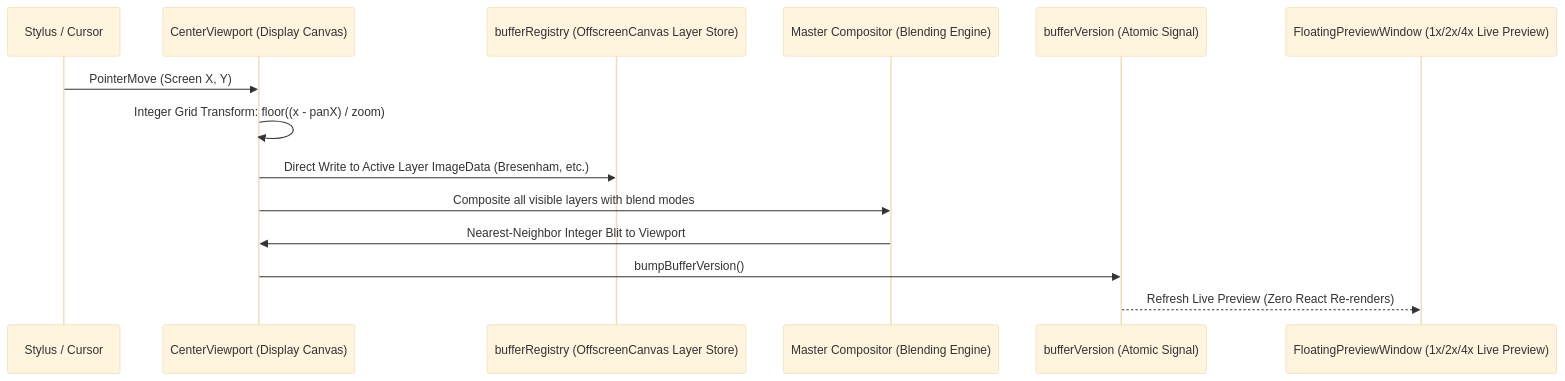
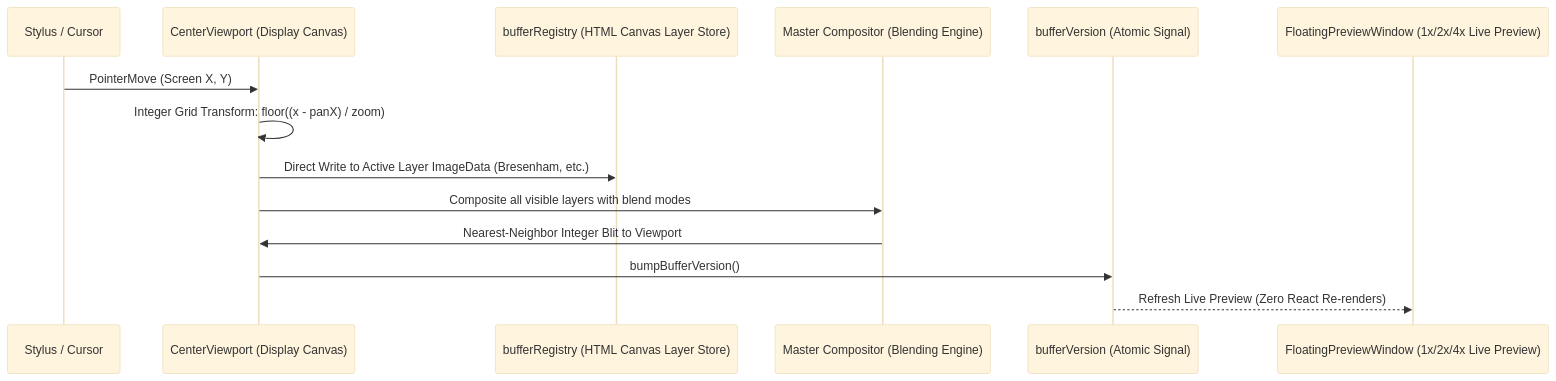
The first of 3 diagrams in PIXIBUN_DEEP_DIVE.md (lxcario/PixiBun), drawn with Mermaid (base theme) before and after one commit. The commit also changed other lines of this file and 101 other files, not shown here.

````diff
--- a/PIXIBUN_DEEP_DIVE.md
+++ b/PIXIBUN_DEEP_DIVE.md
@@ -82,17 +82,17 @@
 ```mermaid
 sequenceDiagram
     participant Mouse as Stylus / Cursor
     participant Viewport as CenterViewport (Display Canvas)
-    participant Registry as bufferRegistry (OffscreenCanvas Layer Store)
+    participant Registry as bufferRegistry (HTML Canvas Layer Store)
     participant Compositor as Master Compositor (Blending Engine)
     participant Signal as bufferVersion (Atomic Signal)
     participant LivePop as FloatingPreviewWindow (1x/2x/4x Live Preview)
 
     Mouse->>Viewport: PointerMove (Screen X, Y)
     Viewport->>Viewport: Integer Grid Transform: floor((x - panX) / zoom)
     Viewport->>Registry: Direct Write to Active Layer ImageData (Bresenham, etc.)
     Viewport->>Compositor: Composite all visible layers with blend modes
     Compositor->>Viewport: Nearest-Neighbor Integer Blit to Viewport
     Viewport->>Signal: bumpBufferVersion()
     Signal-->>LivePop: Refresh Live Preview (Zero React Re-renders)
 ```
````
